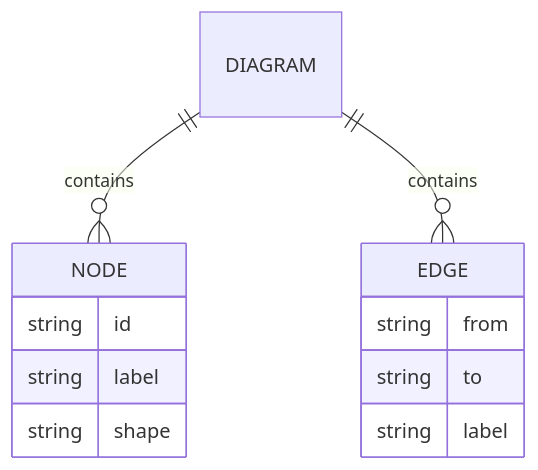
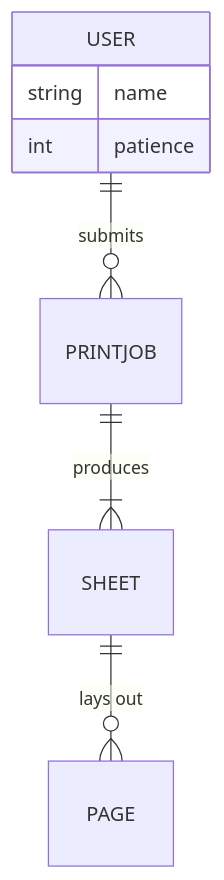
The fifth of 26 diagrams in tests/Mermaider.Tests/Fixtures/mermaid.md (nullean/mermaider), drawn with Mermaid before and after one commit. The commit also changed other lines of this file, not shown here.

Commit message:
Reword mermaid.md fixture prose for Mermaider; keep all diagram content intact

````diff
--- a/tests/Mermaider.Tests/Fixtures/mermaid.md
+++ b/tests/Mermaider.Tests/Fixtures/mermaid.md
@@ -68,15 +84,10 @@
 ```mermaid
 erDiagram
-    DIAGRAM ||--o{ NODE : contains
-    DIAGRAM ||--o{ EDGE : contains
-    NODE {
-        string id
-        string label
-        string shape
-    }
-    EDGE {
-        string from
-        string to
-        string label
+    USER ||--o{ PRINTJOB : submits
+    PRINTJOB ||--|{ SHEET : produces
+    SHEET ||--o{ PAGE : "lays out"
+    USER {
+        string name
+        int patience
     }
 ```
````
